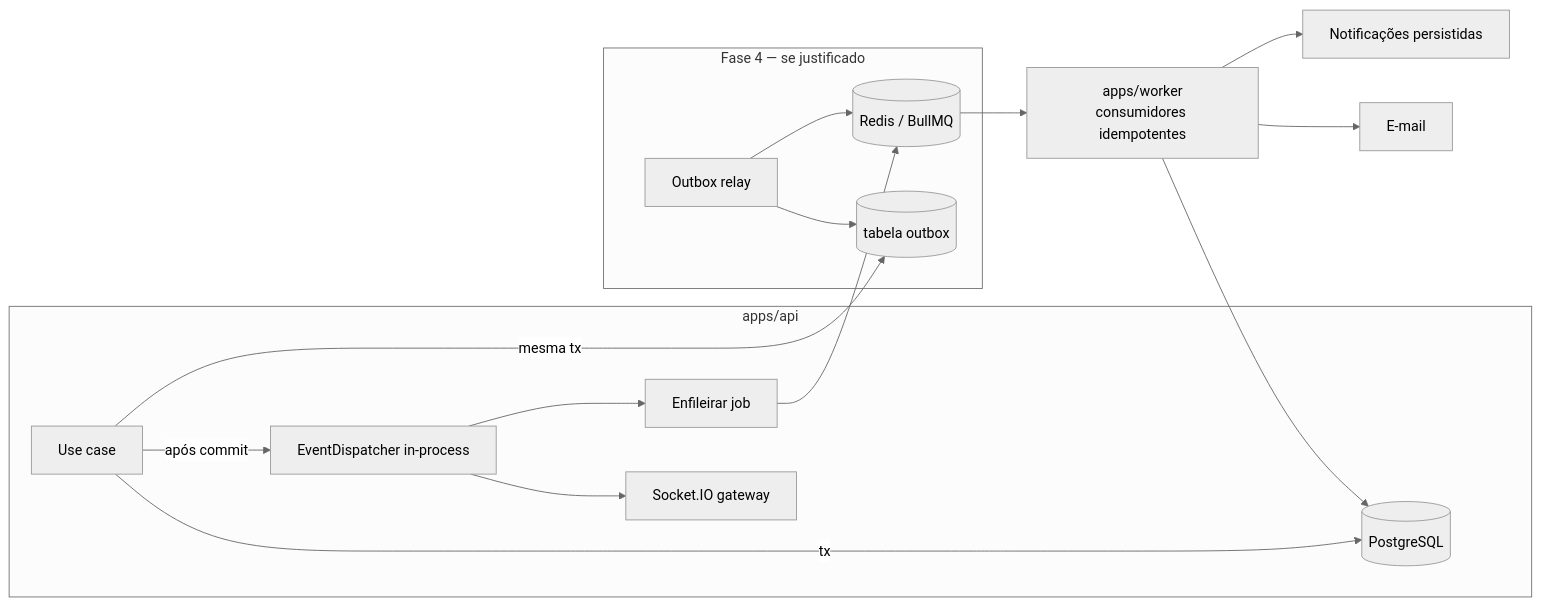
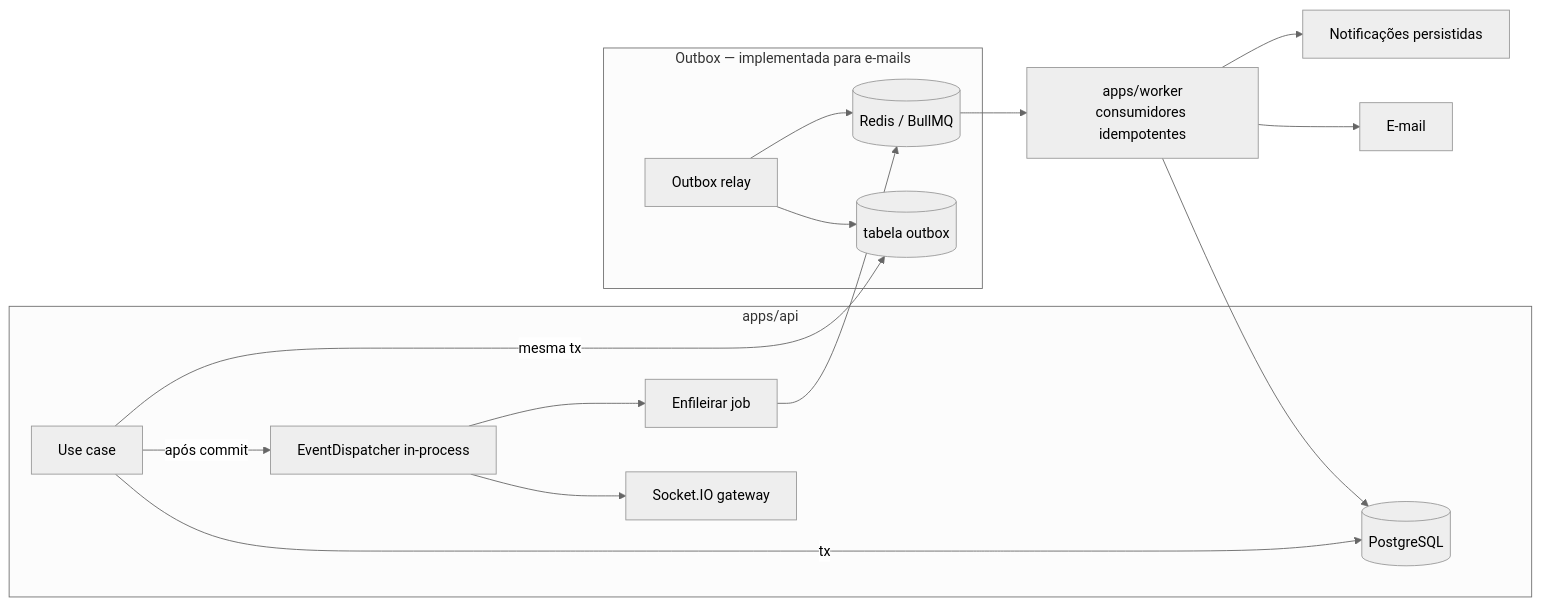
The fifth of 6 diagrams in docs/architecture/data-flow.md (gutomelo/taskflow), drawn with Mermaid (neutral theme) before and after one commit. The commit also changed other lines of this file and 10 other files, not shown here.

Commit message:
feat(outbox): implementar OutboxRelay e BullMqEventPublisher para gerenciamento de eventos transacionais

````diff
--- a/docs/architecture/data-flow.md
+++ b/docs/architecture/data-flow.md
@@ -108,19 +131,19 @@
 ```mermaid
 flowchart LR
     subgraph api[apps/api]
         uc[Use case] -->|tx| db[(PostgreSQL)]
         uc -->|após commit| disp[EventDispatcher in-process]
         disp --> sock[Socket.IO gateway]
         disp --> enq[Enfileirar job]
     end
-    subgraph fase4[Fase 4 — se justificado]
+    subgraph outboxflow[Outbox — implementada para e-mails]
         uc -->|mesma tx| outbox[(tabela outbox)]
         relay[Outbox relay] --> outbox
         relay --> q
     end
     enq --> q[(Redis / BullMQ)]
     q --> worker[apps/worker<br/>consumidores idempotentes]
     worker --> mail[E-mail]
     worker --> notif[Notificações persistidas]
     worker --> db
 ```
````
